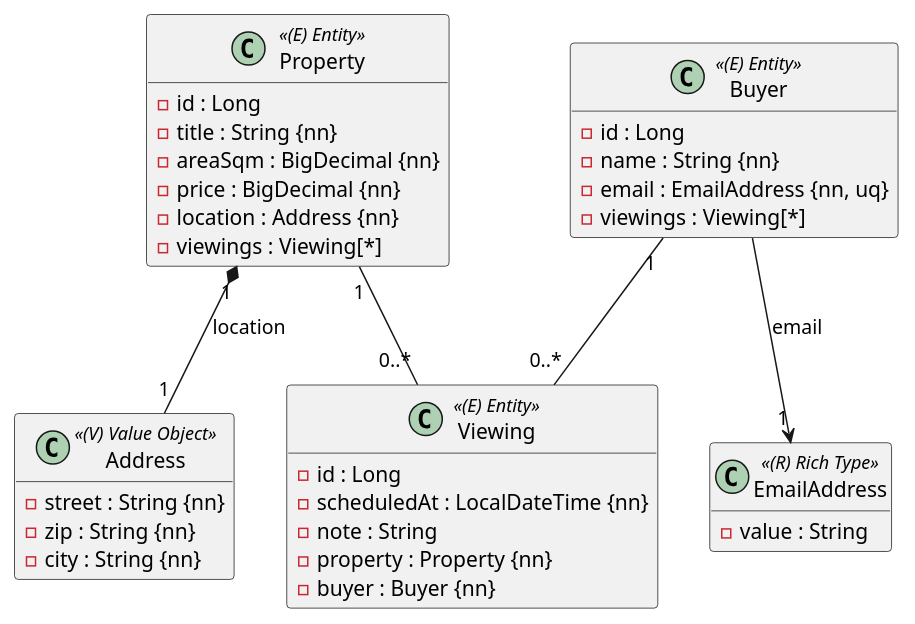
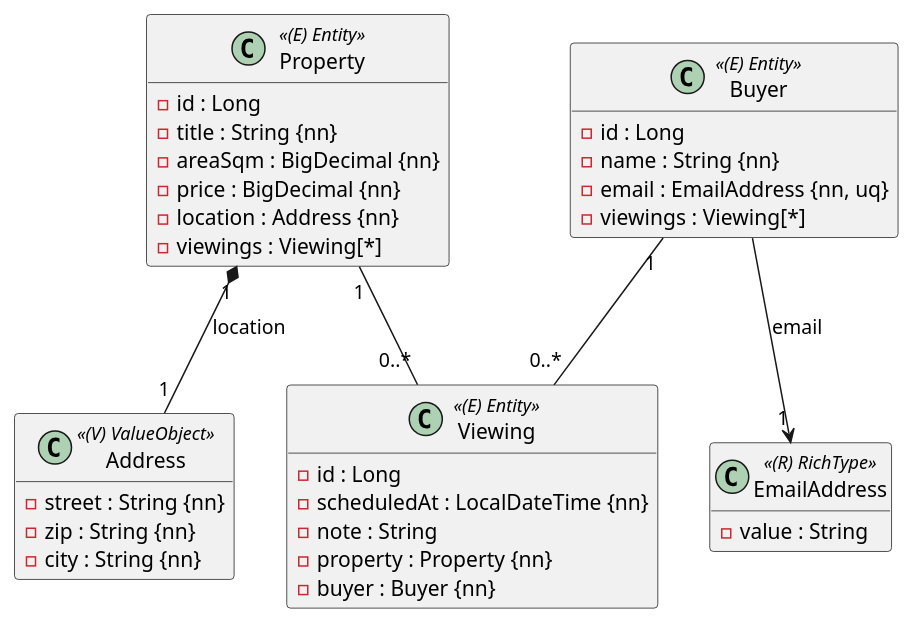
One commit to SJ2627-POS-Lernwerkstatt/SJ2627-POS-Lernwerkstatt.github.io changed the diagram in src/content/pruefungen/exercises/01-immobilienmakler.md. Above: the diagram before and after it, drawn with PlantUML. The commit also changed 1 other file, not shown here.

Commit message:
fix: exam UML 1-2 uses the JPA notation: ValueObject/RichType stereotypes, Species as <<Enumeration>> with codes

````diff
--- a/src/content/pruefungen/exercises/01-immobilienmakler.md
+++ b/src/content/pruefungen/exercises/01-immobilienmakler.md
@@ -38,44 +38,44 @@
 ```plantuml
 @startuml
 hide empty methods
 
-class Address <<(V) Value Object>> {
+class Address <<(V) ValueObject>> {
   - street : String {nn}
   - zip : String {nn}
   - city : String {nn}
 }
 
-class EmailAddress <<(R) Rich Type>> {
+class EmailAddress <<(R) RichType>> {
   - value : String
 }
 
 class Property <<(E) Entity>> {
   - id : Long
   - title : String {nn}
   - areaSqm : BigDecimal {nn}
   - price : BigDecimal {nn}
   - location : Address {nn}
   - viewings : Viewing[*]
 }
 
 class Buyer <<(E) Entity>> {
   - id : Long
   - name : String {nn}
   - email : EmailAddress {nn, uq}
   - viewings : Viewing[*]
 }
 
 class Viewing <<(E) Entity>> {
   - id : Long
   - scheduledAt : LocalDateTime {nn}
   - note : String
   - property : Property {nn}
   - buyer : Buyer {nn}
 }
 
 Property "1" *-- "1" Address : location
 Property "1" -- "0..*" Viewing
 Buyer "1" -- "0..*" Viewing
 Buyer --> "1" EmailAddress : email
 @enduml
 ```
````
